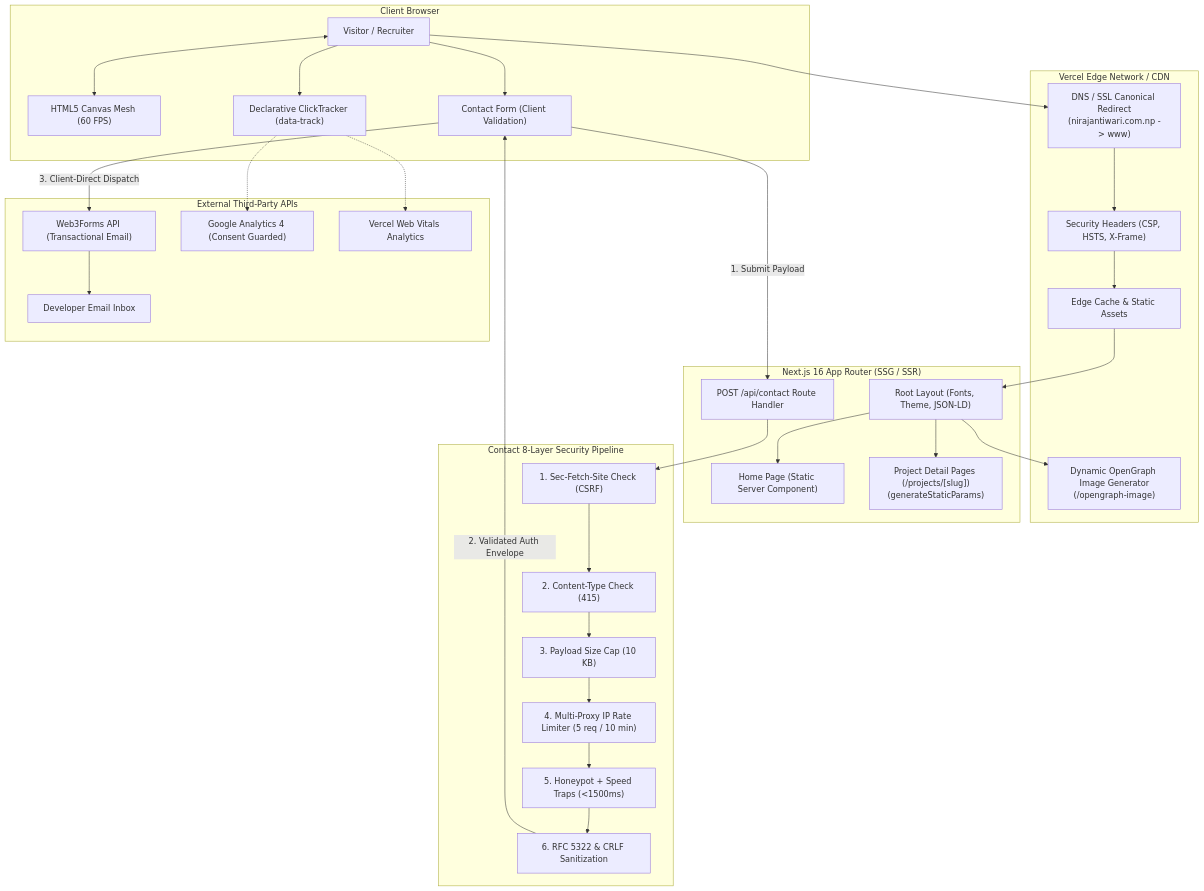
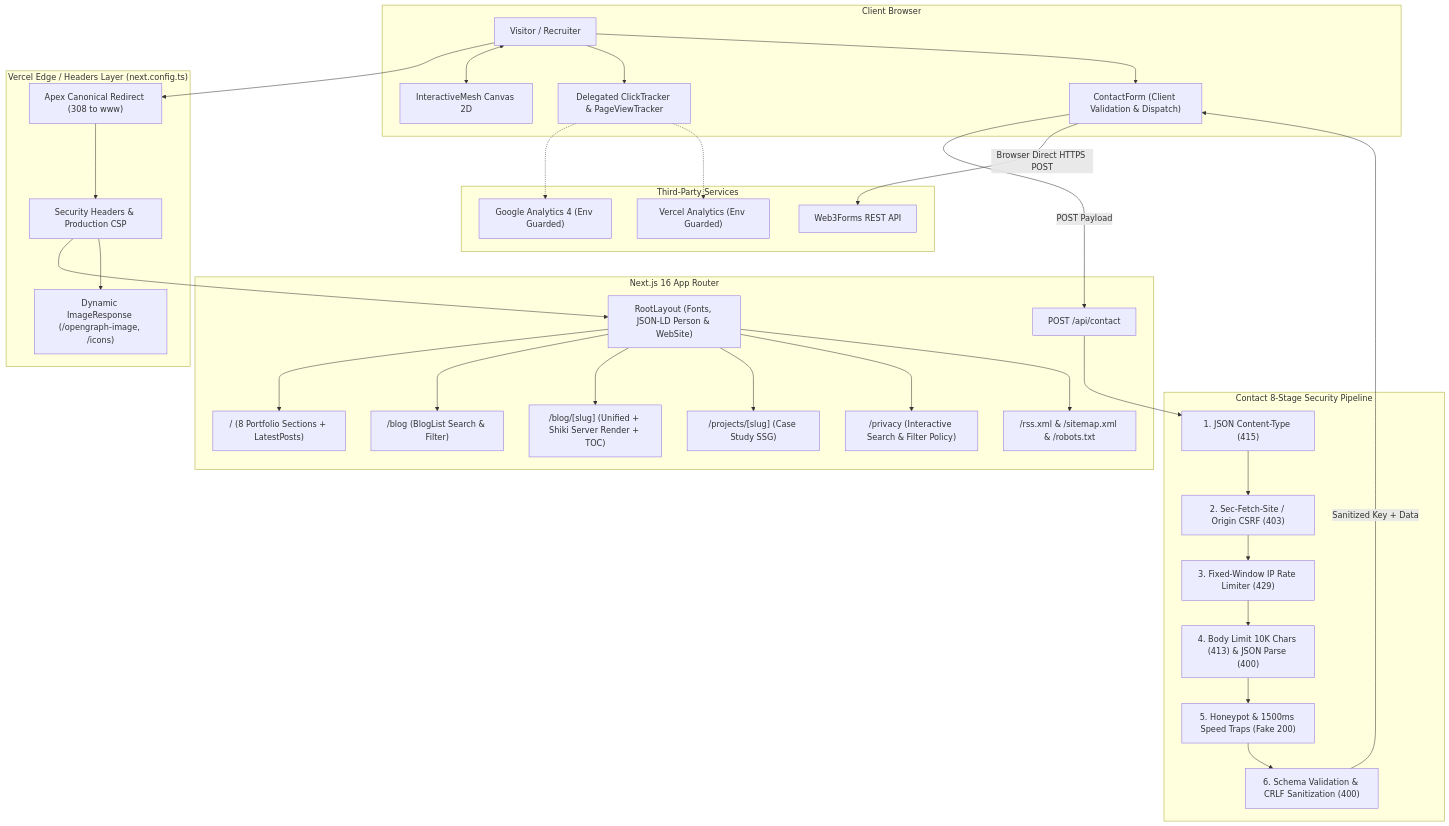
One commit to Nirajan09/portfolio changed the diagram in README.md. Above: the diagram before and after it, drawn with Mermaid. The commit also changed other lines of this file, not shown here.

Commit message:
docs(readme): document blog, privacy page, CSP headers, and current repo architecture

````diff
--- a/README.md
+++ b/README.md
@@ -159,60 +157,62 @@
 ```mermaid
 flowchart TD
     subgraph Client["Client Browser"]
-        User["Visitor / Recruiter"]
-        Mesh["HTML5 Canvas Mesh (60 FPS)"]
-        Track["Declarative ClickTracker (data-track)"]
-        Form["Contact Form (Client Validation)"]
+        Visitor["Visitor / Recruiter"]
+        Mesh["InteractiveMesh Canvas 2D"]
+        ClickTrack["Delegated ClickTracker & PageViewTracker"]
+        Form["ContactForm (Client Validation & Dispatch)"]
     end
 
-    subgraph Edge["Vercel Edge Network / CDN"]
-        DNS["DNS / SSL Canonical Redirect\n(nirajantiwari.com.np -> www)"]
-        SecHeaders["Security Headers (CSP, HSTS, X-Frame)"]
-        Cache["Edge Cache & Static Assets"]
-        OGGen["Dynamic OpenGraph Image Generator\n(/opengraph-image)"]
+    subgraph Edge["Vercel Edge / Headers Layer (next.config.ts)"]
+        Redirect["Apex Canonical Redirect (308 to www)"]
+        Headers["Security Headers & Production CSP"]
+        OG["Dynamic ImageResponse (/opengraph-image, /icons)"]
     end
 
-    subgraph AppRouter["Next.js 16 App Router (SSG / SSR)"]
-        Layout["Root Layout (Fonts, Theme, JSON-LD)"]
-        HomePage["Home Page (Static Server Component)"]
-        ProjectPages["Project Detail Pages (/projects/[slug])\n(generateStaticParams)"]
-        APIContact["POST /api/contact Route Handler"]
+    subgraph App["Next.js 16 App Router"]
+        Root["RootLayout (Fonts, JSON-LD Person & WebSite)"]
+        Home["/ (8 Portfolio Sections + LatestPosts)"]
+        BlogIdx["/blog (BlogList Search & Filter)"]
+        BlogPost["/blog/[slug] (Unified + Shiki Server Render + TOC)"]
+        ProjectPage["/projects/[slug] (Case Study SSG)"]
+        Privacy["/privacy (Interactive Search & Filter Policy)"]
+        RSS["/rss.xml & /sitemap.xml & /robots.txt"]
+        ContactAPI["POST /api/contact"]
     end
 
-    subgraph SecurityPipeline["Contact 8-Layer Security Pipeline"]
-        SecSite["1. Sec-Fetch-Site Check (CSRF)"]
-        ContentType["2. Content-Type Check (415)"]
-        PayloadLimit["3. Payload Size Cap (10 KB)"]
-        RateLimit["4. Multi-Proxy IP Rate Limiter (5 req / 10 min)"]
-        BotTraps["5. Honeypot + Speed Traps (<1500ms)"]
-        Sanitize["6. RFC 5322 & CRLF Sanitization"]
+    subgraph SecurityFunnel["Contact 8-Stage Security Pipeline"]
+        S1["1. JSON Content-Type (415)"]
+        S2["2. Sec-Fetch-Site / Origin CSRF (403)"]
+        S3["3. Fixed-Window IP Rate Limiter (429)"]
+        S4["4. Body Limit 10K Chars (413) & JSON Parse (400)"]
+        S5["5. Honeypot & 1500ms Speed Traps (Fake 200)"]
+        S6["6. Schema Validation & CRLF Sanitization (400)"]
     end
 
-    subgraph ExternalServices["External Third-Party APIs"]
-        Web3Forms["Web3Forms API (Transactional Email)"]
-        GA4["Google Analytics 4 (Consent Guarded)"]
-        VercelAn["Vercel Web Vitals Analytics"]
-        DevInbox["Developer Email Inbox"]
+    subgraph External["Third-Party Services"]
+        Web3Forms["Web3Forms REST API"]
+        GA4["Google Analytics 4 (Env Guarded)"]
+        VercelAn["Vercel Analytics (Env Guarded)"]
     end
 
-    User --> DNS
-    DNS --> SecHeaders
-    SecHeaders --> Cache
+    Visitor --> Redirect --> Headers
+    Headers --> Root
+    Headers --> OG
+    Root --> Home
+    Root --> BlogIdx
+    Root --> BlogPost
+    Root --> ProjectPage
+    Root --> Privacy
+    Root --> RSS
 
-    Cache --> Layout
-    Layout --> HomePage
-    Layout --> ProjectPages
-    Layout --> OGGen
+    Visitor <--> Mesh
+    Visitor --> ClickTrack
+    ClickTrack -.-> GA4
+    ClickTrack -.-> VercelAn
 
-    User <--> Mesh
-    User --> Track
-    Track -.-> GA4
-    Track -.-> VercelAn
-
-    User --> Form
-    Form -->|1. Submit Payload| APIContact
-    APIContact --> SecSite --> ContentType --> PayloadLimit --> RateLimit --> BotTraps --> Sanitize
-    Sanitize -->|2. Validated Auth Envelope| Form
-    Form -->|3. Client-Direct Dispatch| Web3Forms
-    Web3Forms --> DevInbox
+    Visitor --> Form
+    Form -->|POST Payload| ContactAPI
+    ContactAPI --> S1 --> S2 --> S3 --> S4 --> S5 --> S6
+    S6 -->|Sanitized Key + Data| Form
+    Form -->|Browser Direct HTTPS POST| Web3Forms
 ```
````
